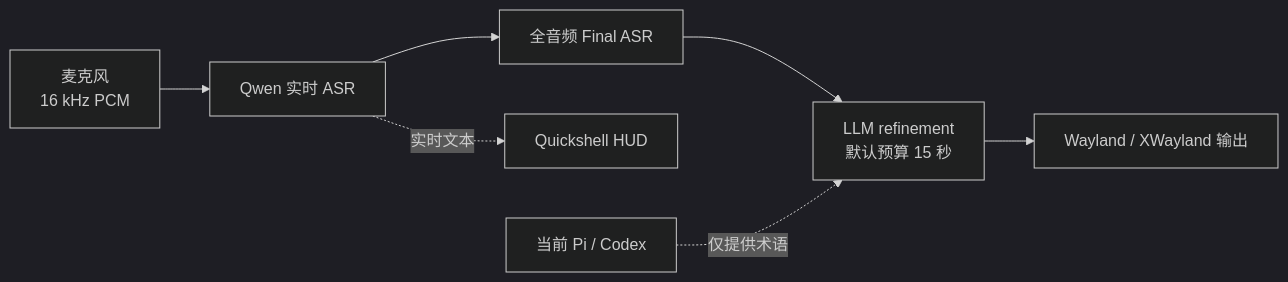
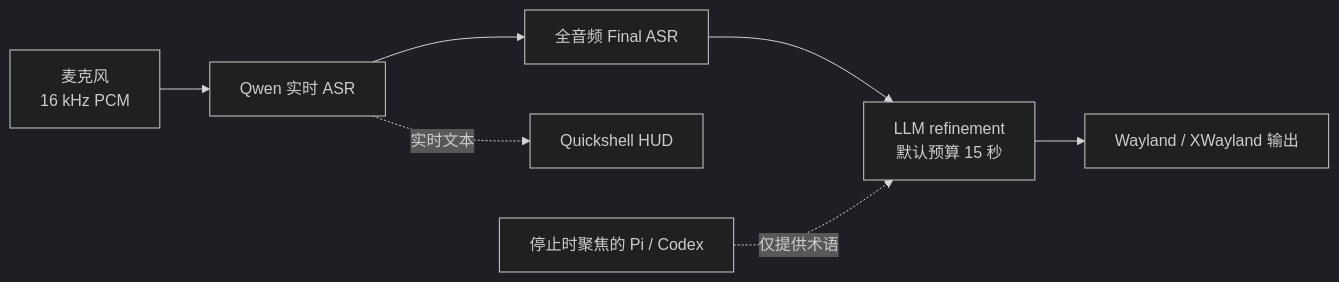
One commit to Saco93/voice-input changed the diagram in README.zh-CN.md. Above: the diagram before and after it, drawn with Mermaid (dark theme). The commit also changed other lines of this file and 8 other files, not shown here.

````diff
--- a/README.zh-CN.md
+++ b/README.zh-CN.md
@@ -16,9 +16,9 @@
 ```mermaid
 flowchart LR
     Mic[麦克风<br/>16 kHz PCM] --> RT[Qwen 实时 ASR]
     RT --> Final[全音频 Final ASR]
     Final --> LLM[LLM refinement<br/>默认预算 15 秒]
     LLM --> Out[Wayland / XWayland 输出]
     RT -. 实时文本 .-> HUD[Quickshell HUD]
-    Agent[当前 Pi / Codex] -. 仅提供术语 .-> LLM
+    Agent[停止时聚焦的 Pi / Codex] -. 仅提供术语 .-> LLM
 ```
````
